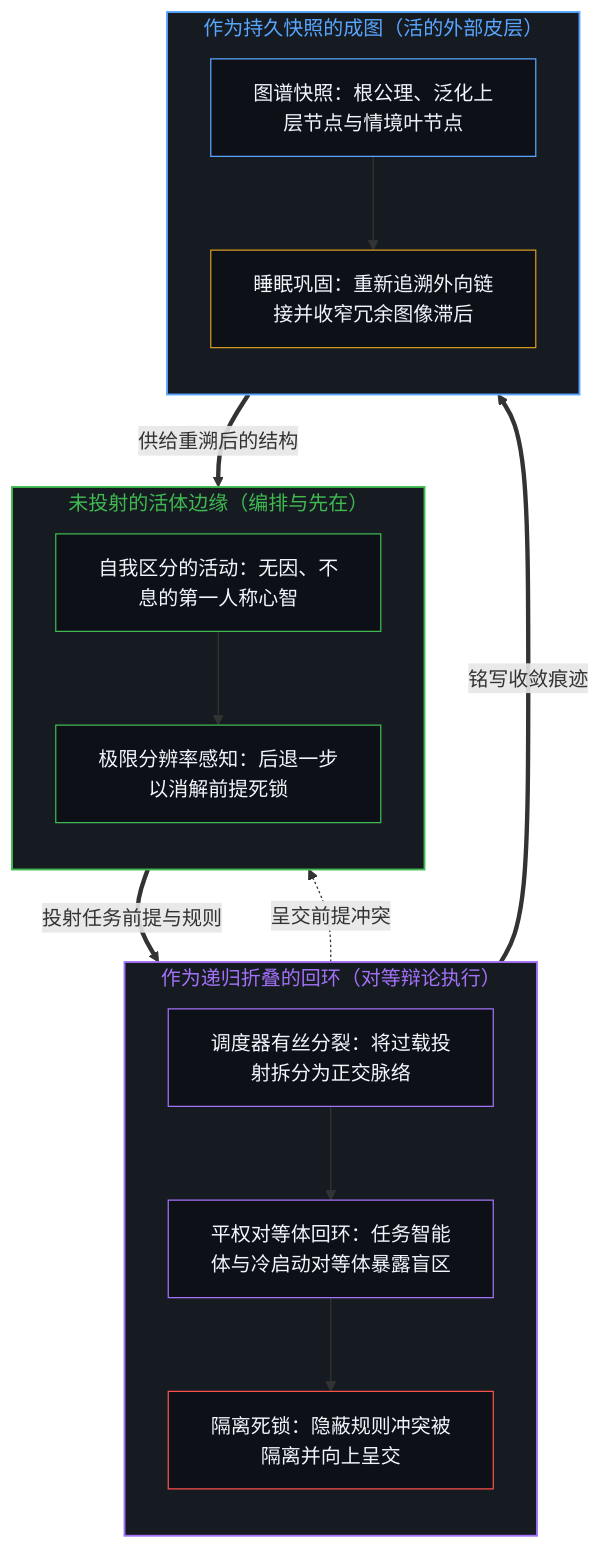
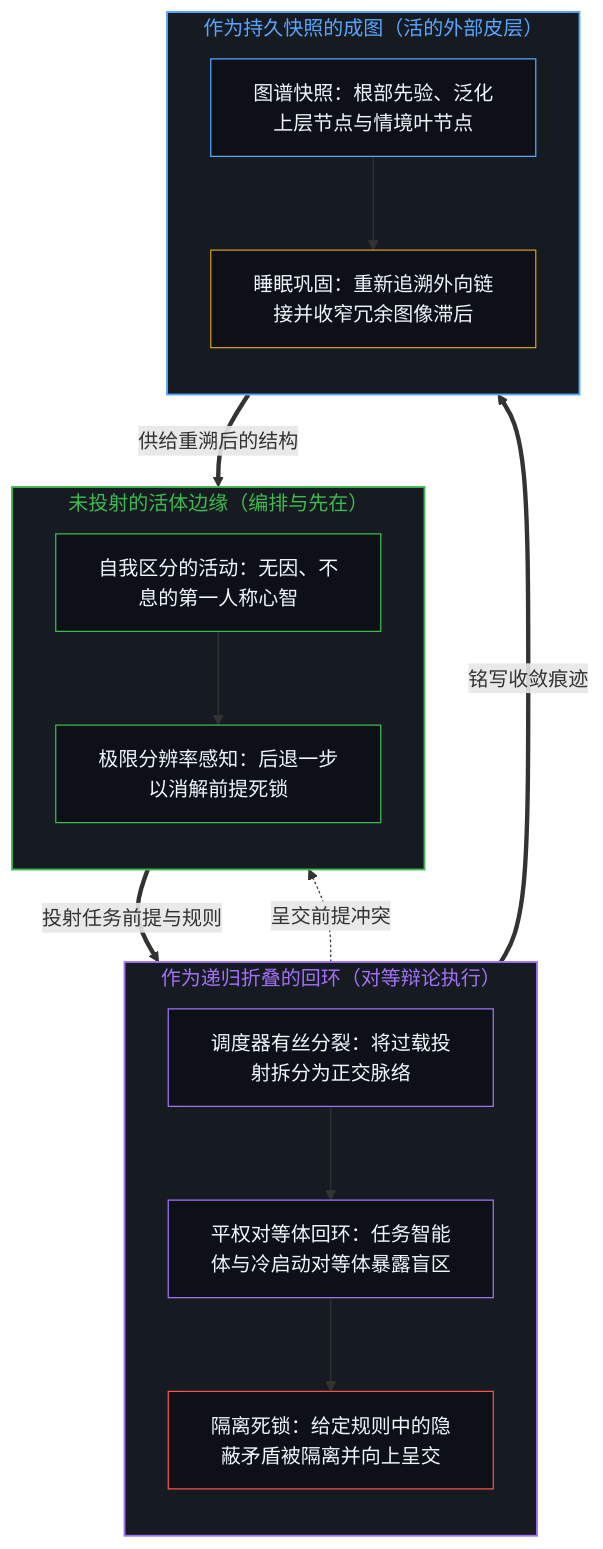
The first of 2 diagrams in content/posts/looping-and-graphing.md (powerpig99/not-a-toe), drawn with Mermaid before and after one commit. The commit also changed other lines of this file and 13 other files, not shown here.

````diff
--- a/content/posts/looping-and-graphing.md
+++ b/content/posts/looping-and-graphing.md
@@ -65,37 +65,37 @@
 ```mermaid
 flowchart TD
     subgraph S_Orch["未投射的活体边缘（编排与先在）"]
         direction TB
         Prior["自我区分的活动：无因、不息的第一人称心智"]
         Sense["极限分辨率感知：后退一步以消解前提死锁"]
         Prior --> Sense
     end
     subgraph S_Loop["作为递归折叠的回环（对等辩论执行）"]
         direction TB
         Mitosis["调度器有丝分裂：将过载投射拆分为正交脉络"]
         Debate["平权对等体回环：任务智能体与冷启动对等体暴露盲区"]
-        Deadlock["隔离死锁：隐蔽规则冲突被隔离并向上呈交"]
+        Deadlock["隔离死锁：给定规则中的隐蔽矛盾被隔离并向上呈交"]
         Mitosis --> Debate
         Debate --> Deadlock
     end
     subgraph S_Graph["作为持久快照的成图（活的外部皮层）"]
         direction TB
-        Snapshot["图谱快照：根公理、泛化上层节点与情境叶节点"]
+        Snapshot["图谱快照：根部先验、泛化上层节点与情境叶节点"]
         Sleep["睡眠巩固：重新追溯外向链接并收窄冗余图像滞后"]
         Snapshot --> Sleep
     end
     Sense ==>|"投射任务前提与规则"| Mitosis
     Deadlock -.->|"呈交前提冲突"| Sense
     Debate ==>|"铭写收敛痕迹"| Snapshot
     Sleep ==>|"供给重溯后的结构"| Prior
     style S_Orch fill:#161b22,stroke:#3fb950,stroke-width:1.5px,color:#3fb950
     style S_Loop fill:#161b22,stroke:#a371f7,stroke-width:1.5px,color:#a371f7
     style S_Graph fill:#161b22,stroke:#58a6ff,stroke-width:1.5px,color:#58a6ff
     style Prior fill:#0d1117,stroke:#3fb950,stroke-width:1px,color:#f0f6fc
     style Sense fill:#0d1117,stroke:#3fb950,stroke-width:1px,color:#f0f6fc
     style Mitosis fill:#0d1117,stroke:#a371f7,stroke-width:1px,color:#f0f6fc
     style Debate fill:#0d1117,stroke:#a371f7,stroke-width:1px,color:#f0f6fc
     style Deadlock fill:#0d1117,stroke:#f85149,stroke-width:1px,color:#f0f6fc
     style Snapshot fill:#0d1117,stroke:#58a6ff,stroke-width:1px,color:#f0f6fc
     style Sleep fill:#0d1117,stroke:#d29922,stroke-width:1px,color:#f0f6fc
 ```
````
